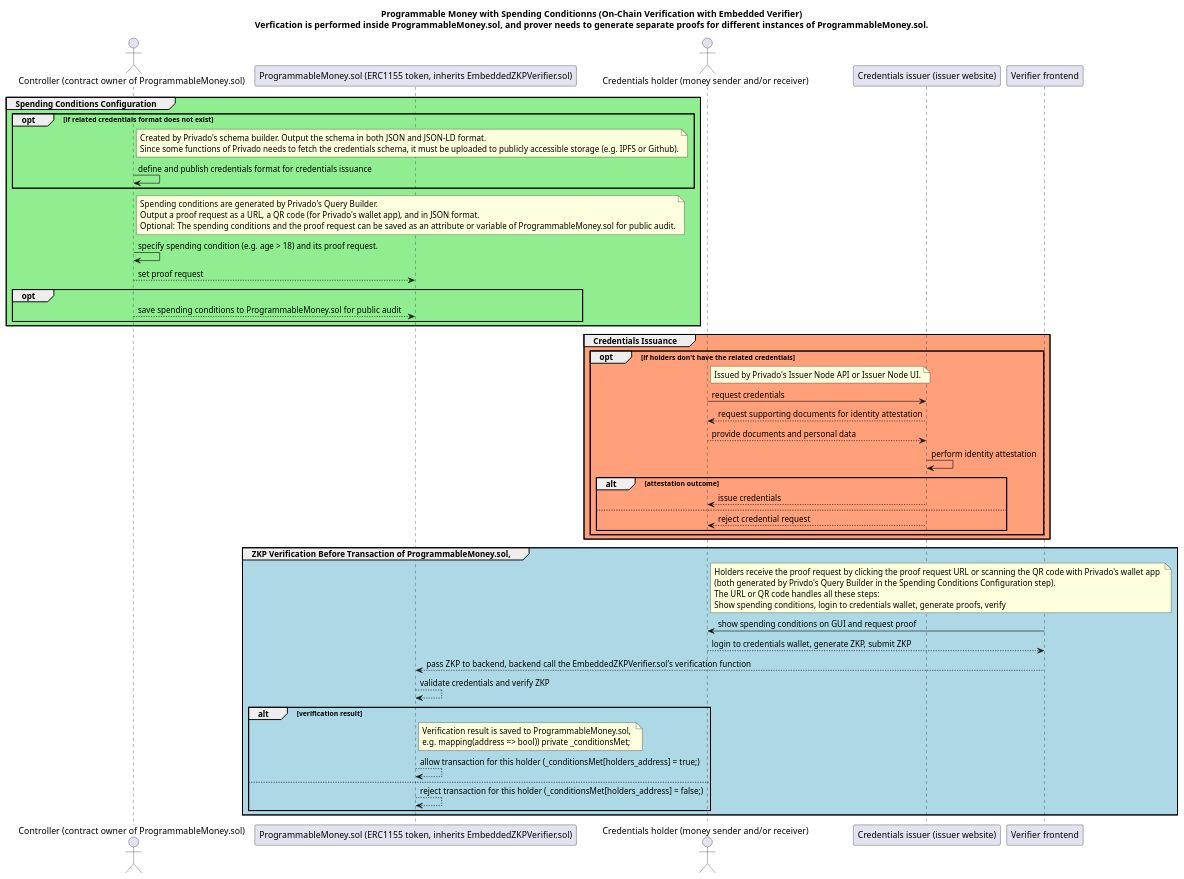
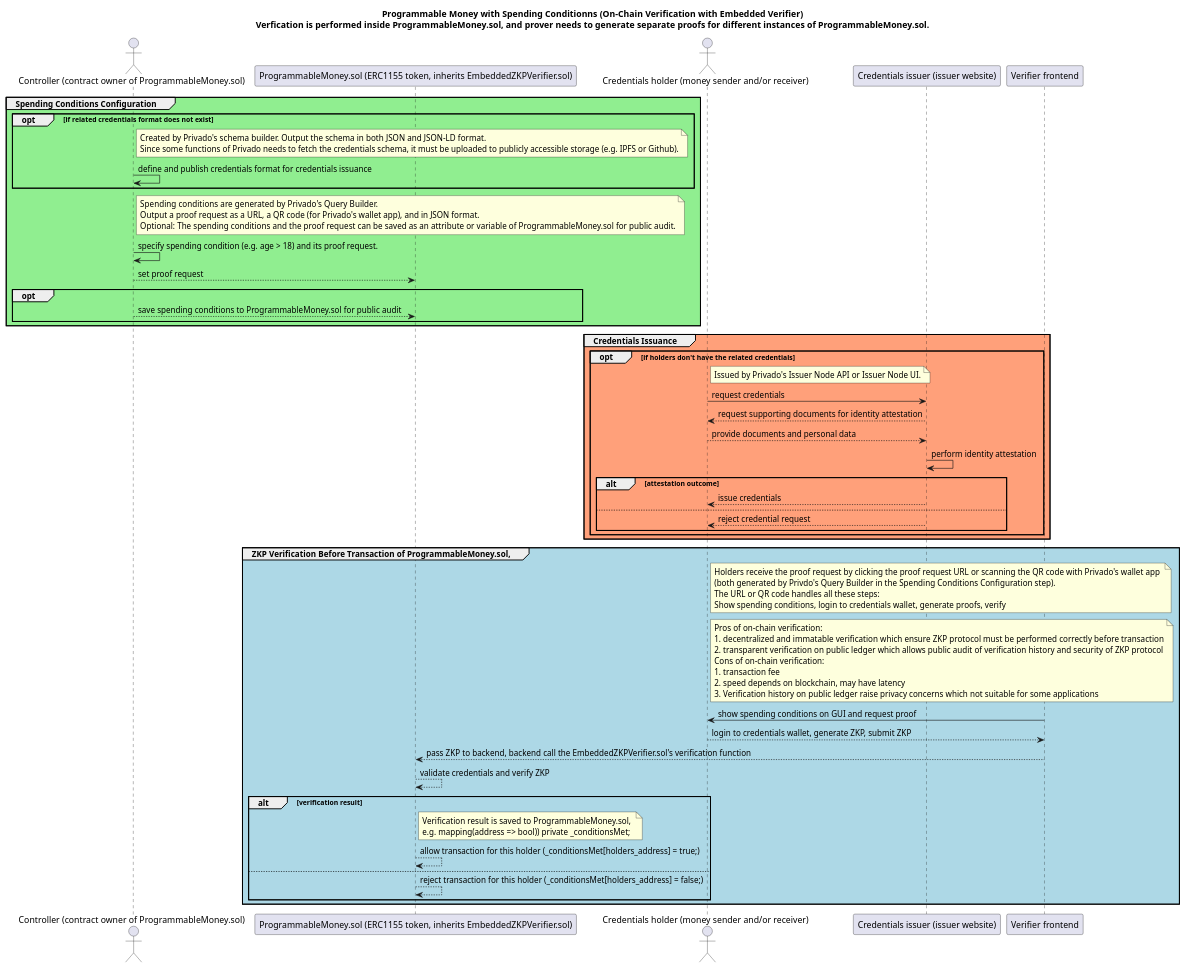
The diagram in docs/sequence_diagram_onchain_embedded_verifier.puml (joeywwong/pm-zkp), drawn with PlantUML before and after one commit. The commit also changed 2 other files, not shown here.

Commit message:
docs: add short notes for the pros and cons of on-chain verification and off-chain verification to sequence diagrams

```diff
--- a/docs/sequence_diagram_onchain_embedded_verifier.puml
+++ b/docs/sequence_diagram_onchain_embedded_verifier.puml
@@ -1,61 +1,62 @@
 @startuml
 title Programmable Money with Spending Conditionns (On-Chain Verification with Embedded Verifier)\nVerfication is performed inside ProgrammableMoney.sol, and prover needs to generate separate proofs for different instances of ProgrammableMoney.sol.
 actor "Controller (contract owner of ProgrammableMoney.sol)" as Controller
 participant "ProgrammableMoney.sol (ERC1155 token, inherits EmbeddedZKPVerifier.sol)" as Money
 actor "Credentials holder (money sender and/or receiver)" as User
 participant "Credentials issuer (issuer website)" as Issuer
 participant "Verifier frontend" as VerifierFrontend
 ' participant "Blockchain" as Blockchain
 
 ' --- Configure spending conditions of the money ---
 group #lightgreen Spending Conditions Configuration
     opt if related credentials format does not exist
         note right of Controller: Created by Privado's schema builder. Output the schema in both JSON and JSON-LD format. \nSince some functions of Privado needs to fetch the credentials schema, it must be uploaded to publicly accessible storage (e.g. IPFS or Github).
         Controller -> Controller: define and publish credentials format for credentials issuance
     end
     note right of Controller: Spending conditions are generated by Privado's Query Builder.\nOutput a proof request as a URL, a QR code (for Privado's wallet app), and in JSON format.\nOptional: The spending conditions and the proof request can be saved as an attribute or variable of ProgrammableMoney.sol for public audit.
     ' https://tools.privado.id/query-builder
     Controller -> Controller: specify spending condition (e.g. age > 18) and its proof request.
     Controller --> Money: set proof request
     opt
         Controller --> Money: save spending conditions to ProgrammableMoney.sol for public audit
     end
 end
 
 group #lightsalmon Credentials Issuance
     opt if holders don't have the related credentials
         ' --- Credential Request and Issuance Phase ---
         note right of User: Issued by Privado's Issuer Node API or Issuer Node UI.
         ' https://docs.privado.id/docs/category/issuer-node-api
         ' https://docs.privado.id/docs/category/issuer-node-ui
         ' Demo: https://issuer-demo.privado.id/
         User -> Issuer: request credentials
         Issuer --> User: request supporting documents for identity attestation
         User --> Issuer: provide documents and personal data
         Issuer -> Issuer: perform identity attestation
         alt attestation outcome
             Issuer --> User: issue credentials
         else
             Issuer --> User: reject credential request
         end
     end
 end
 
 ' --- Transaction Phase ---
 group #lightblue ZKP Verification Before Transaction of ProgrammableMoney.sol, 
     note right of User: Holders receive the proof request by clicking the proof request URL or scanning the QR code with Privado's wallet app \n(both generated by Privdo's Query Builder in the Spending Conditions Configuration step).\nThe URL or QR code handles all these steps:\nShow spending conditions, login to credentials wallet, generate proofs, verify
+    note right of User: Pros of on-chain verification:\n1. decentralized and immatable verification which ensure ZKP protocol must be performed correctly before transaction\n2. transparent verification on public ledger which allows public audit of verification history and security of ZKP protocol\nCons of on-chain verification:\n1. transaction fee\n2. speed depends on blockchain, may have latency\n3. Verification history on public ledger raise privacy concerns which not suitable for some applications
     VerifierFrontend -> User: show spending conditions on GUI and request proof
     User --> VerifierFrontend: login to credentials wallet, generate ZKP, submit ZKP
 
     ' --- Proof Verification and Decision ---
     VerifierFrontend --> Money: pass ZKP to backend, backend call the EmbeddedZKPVerifier.sol's verification function
     Money --> Money: validate credentials and verify ZKP
     alt verification result
     note right of Money: Verification result is saved to ProgrammableMoney.sol, \ne.g. mapping(address => bool)) private _conditionsMet;
         Money --> Money: allow transaction for this holder (_conditionsMet[holders_address] = true;)
     else
         Money --> Money: reject transaction for this holder (_conditionsMet[holders_address] = false;)
     end
 end
 
 @enduml
```
